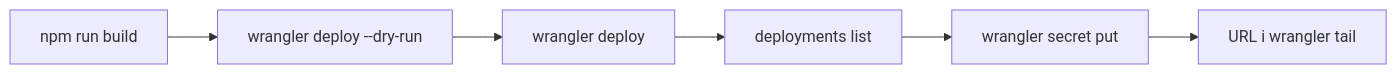
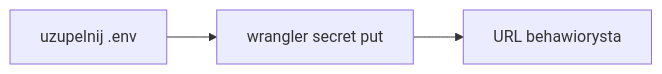
One commit to sigamateusz/behawiorysta changed the diagram in .cursor/plans/finish_workers_deploy_639628e0.plan.md. Above: the diagram before and after it, drawn with Mermaid. The commit also changed other lines of this file and 3 other files, not shown here.

Commit message:
Update deployment configuration for Cloudflare Workers, changing adapter name to 'behawiorysta' and adjusting settings for image service and session management. Revise deployment plan to reflect completed steps and outline remaining tasks for managing Supabase secrets and removing the old worker.

````diff
--- a/.cursor/plans/finish_workers_deploy_639628e0.plan.md
+++ b/.cursor/plans/finish_workers_deploy_639628e0.plan.md
@@ -29,10 +38,7 @@
 ```mermaid
 flowchart LR
-  build[npm run build]
-  dry[wrangler deploy --dry-run]
-  deploy[wrangler deploy]
-  list[deployments list]
+  fill[uzupelnij .env]
   secrets[wrangler secret put]
-  check[URL i wrangler tail]
-  build --> dry --> deploy --> list --> secrets --> check
+  check[URL behawiorysta]
+  fill --> secrets --> check
 ```
````
